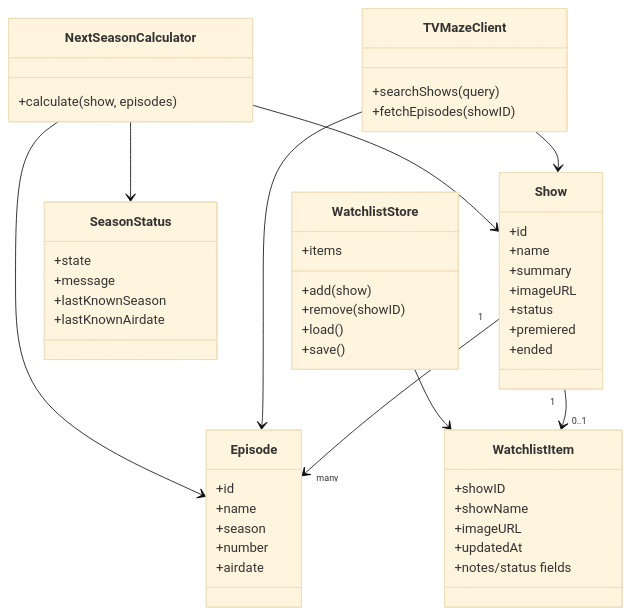
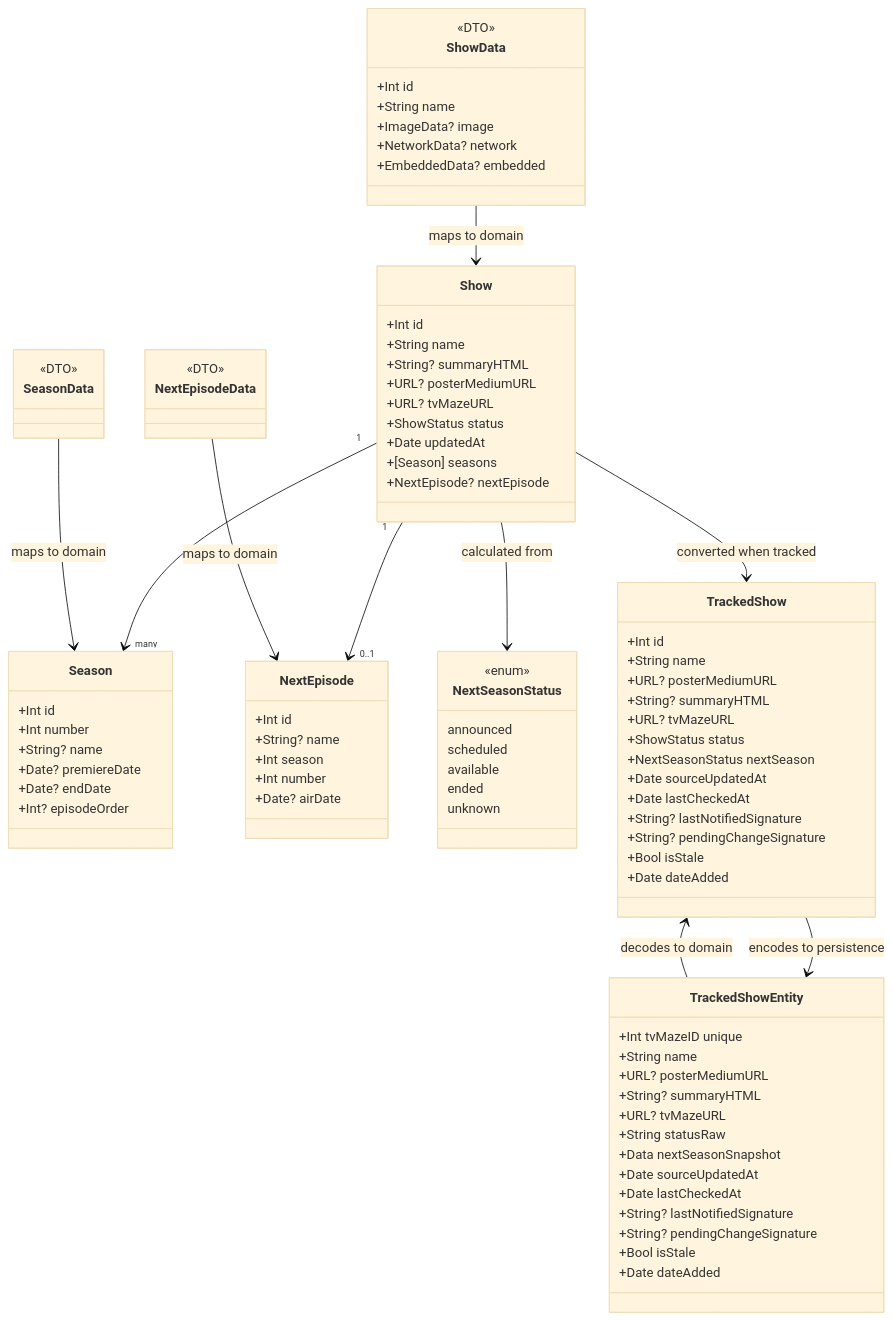
One commit to janineanne/NextSeason changed the diagram in Documentation/MVP/Diagrams/06_data_model.md. Above: the diagram before and after it, drawn with Mermaid (base theme). The commit also changed other lines of this file and 15 other files, not shown here.

Commit message:
Regenerated Mermaid diagrams

````diff
--- a/Documentation/MVP/Diagrams/06_data_model.md
+++ b/Documentation/MVP/Diagrams/06_data_model.md
@@ -3,61 +3,99 @@
 ```mermaid
 classDiagram
     class Show {
-        +id
-        +name
-        +summary
-        +imageURL
-        +status
-        +premiered
-        +ended
+        +Int id
+        +String name
+        +String? summaryHTML
+        +URL? posterMediumURL
+        +URL? tvMazeURL
+        +ShowStatus status
+        +Date updatedAt
+        +[Season] seasons
+        +NextEpisode? nextEpisode
     }
 
-    class Episode {
-        +id
-        +name
-        +season
-        +number
-        +airdate
+    class Season {
+        +Int id
+        +Int number
+        +String? name
+        +Date? premiereDate
+        +Date? endDate
+        +Int? episodeOrder
     }
 
-    class WatchlistItem {
-        +showID
-        +showName
-        +imageURL
-        +updatedAt
-        +notes/status fields
+    class NextEpisode {
+        +Int id
+        +String? name
+        +Int season
+        +Int number
+        +Date? airDate
     }
 
-    class SeasonStatus {
-        +state
-        +message
-        +lastKnownSeason
-        +lastKnownAirdate
+    class NextSeasonStatus {
+        <<enum>>
+        announced
+        scheduled
+        available
+        ended
+        unknown
     }
 
-    class TVMazeClient {
-        +searchShows(query)
-        +fetchEpisodes(showID)
+    class TrackedShow {
+        +Int id
+        +String name
+        +URL? posterMediumURL
+        +String? summaryHTML
+        +URL? tvMazeURL
+        +ShowStatus status
+        +NextSeasonStatus nextSeason
+        +Date sourceUpdatedAt
+        +Date lastCheckedAt
+        +String? lastNotifiedSignature
+        +String? pendingChangeSignature
+        +Bool isStale
+        +Date dateAdded
     }
 
-    class WatchlistStore {
-        +items
-        +add(show)
-        +remove(showID)
-        +load()
-        +save()
+    class TrackedShowEntity {
+        +Int tvMazeID unique
+        +String name
+        +URL? posterMediumURL
+        +String? summaryHTML
+        +URL? tvMazeURL
+        +String statusRaw
+        +Data nextSeasonSnapshot
+        +Date sourceUpdatedAt
+        +Date lastCheckedAt
+        +String? lastNotifiedSignature
+        +String? pendingChangeSignature
+        +Bool isStale
+        +Date dateAdded
     }
 
-    class NextSeasonCalculator {
-        +calculate(show, episodes)
+    class ShowData {
+        <<DTO>>
+        +Int id
+        +String name
+        +ImageData? image
+        +NetworkData? network
+        +EmbeddedData? embedded
     }
 
-    Show "1" --> "many" Episode
-    Show "1" --> "0..1" WatchlistItem
-    WatchlistStore --> WatchlistItem
-    TVMazeClient --> Show
-    TVMazeClient --> Episode
-    NextSeasonCalculator --> Show
-    NextSeasonCalculator --> Episode
-    NextSeasonCalculator --> SeasonStatus
+    class SeasonData {
+        <<DTO>>
+    }
+
+    class NextEpisodeData {
+        <<DTO>>
+    }
+
+    Show "1" --> "many" Season
+    Show "1" --> "0..1" NextEpisode
+    Show --> NextSeasonStatus : calculated from
+    Show --> TrackedShow : converted when tracked
+    TrackedShowEntity --> TrackedShow : decodes to domain
+    TrackedShow --> TrackedShowEntity : encodes to persistence
+    ShowData --> Show : maps to domain
+    SeasonData --> Season : maps to domain
+    NextEpisodeData --> NextEpisode : maps to domain
 ```
````
